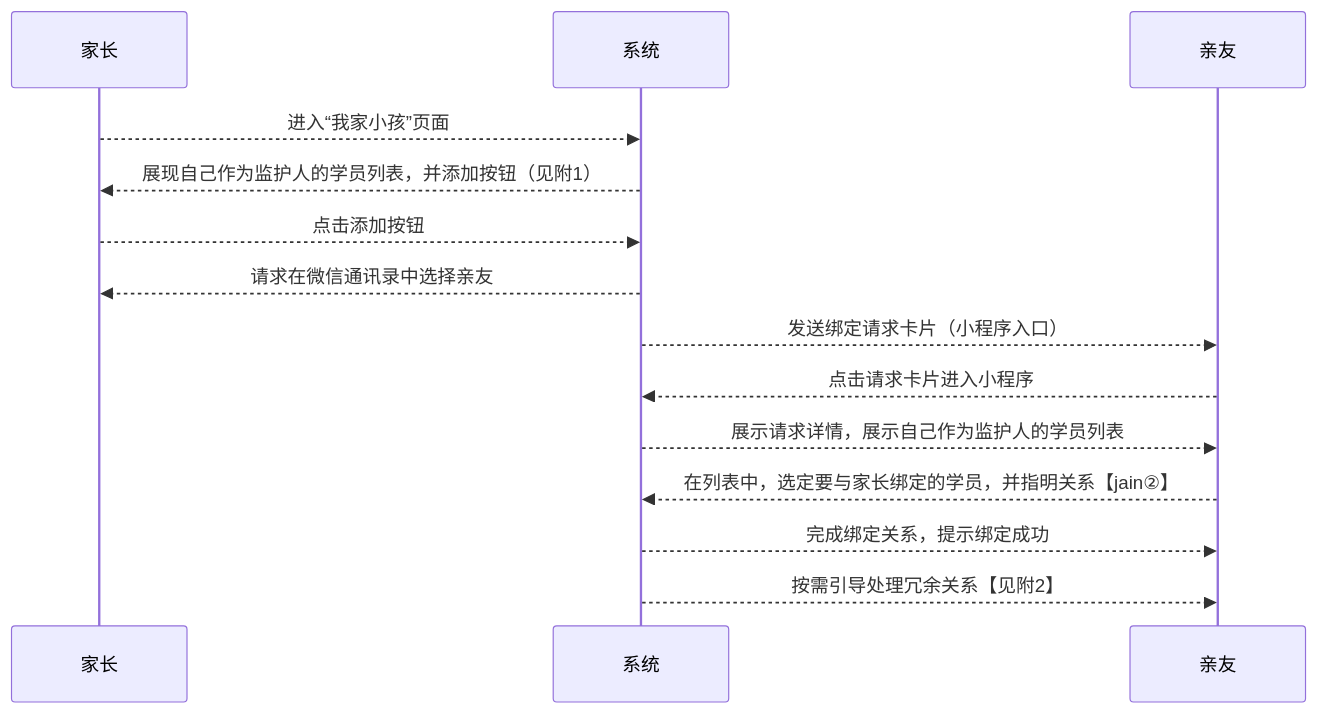
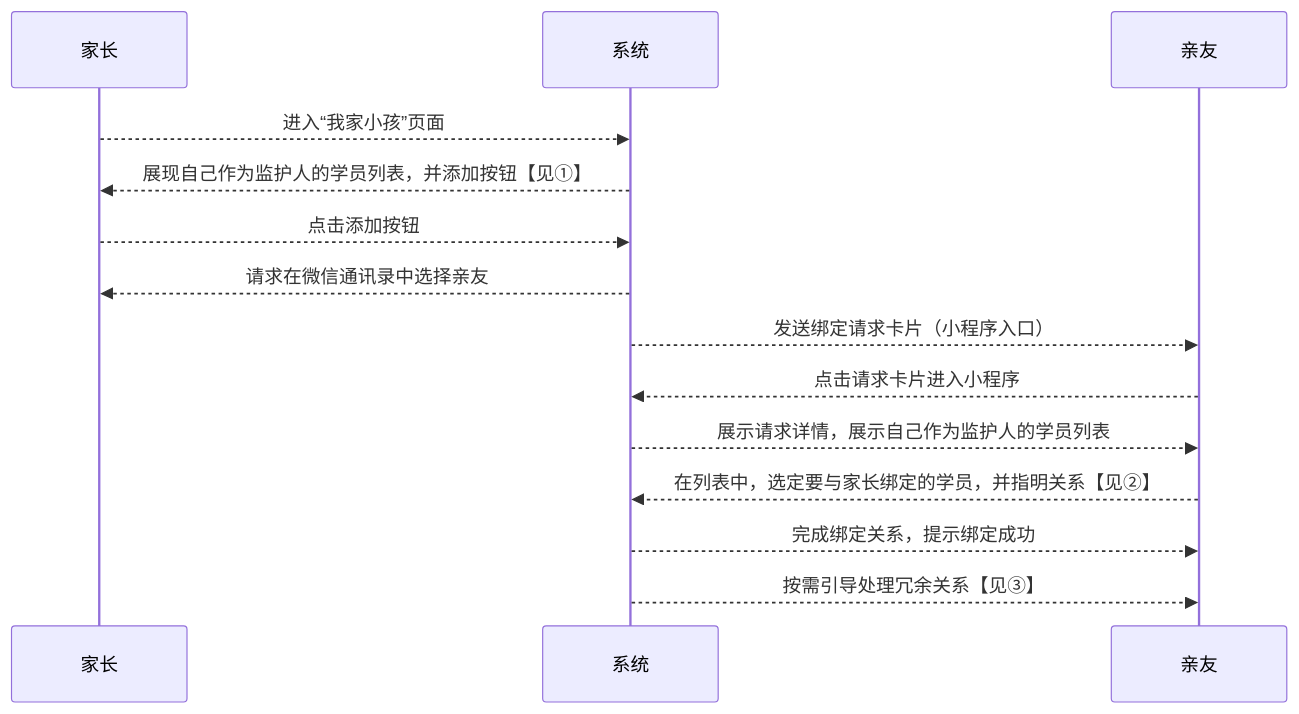
Before and after one commit to world-wide-web/sign: the second of 2 diagrams in 用例/家长-学员关系绑定.md, drawn with Mermaid. The commit also changed other lines of this file, not shown here.

````diff
--- a/用例/家长-学员关系绑定.md
+++ b/用例/家长-学员关系绑定.md
@@ -41,24 +41,24 @@
 ```mermaid
 sequenceDiagram
 
 家长-->>系统: 进入“我家小孩”页面
 
-系统-->>家长: 展现自己作为监护人的学员列表，并添加按钮（见附1）
+系统-->>家长: 展现自己作为监护人的学员列表，并添加按钮【见①】
 
 家长-->>系统: 点击添加按钮
 
 系统-->>家长: 请求在微信通讯录中选择亲友
 
 系统-->>亲友: 发送绑定请求卡片（小程序入口）
 
 亲友-->>系统: 点击请求卡片进入小程序
 
 系统-->>亲友: 展示请求详情，展示自己作为监护人的学员列表
 
-亲友-->>系统: 在列表中，选定要与家长绑定的学员，并指明关系【jain②】
+亲友-->>系统: 在列表中，选定要与家长绑定的学员，并指明关系【见②】
 
 系统-->>亲友: 完成绑定关系，提示绑定成功
 
-系统-->>亲友: 按需引导处理冗余关系【见附2】
+系统-->>亲友: 按需引导处理冗余关系【见③】
 
 ```
````
